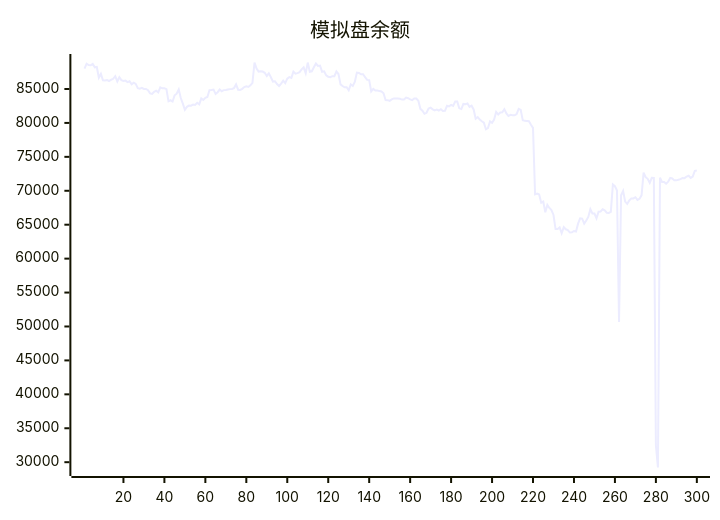
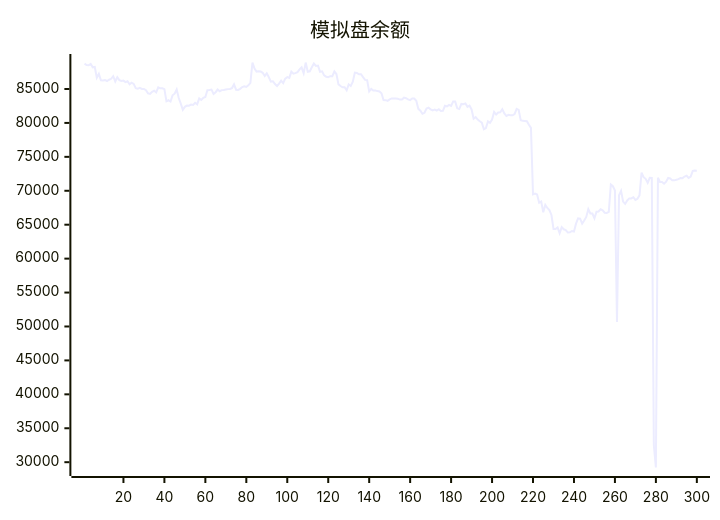
One commit to aahl/ai-trading changed the diagram in README.md. Above: the diagram before and after it, drawn with Mermaid. The commit also changed other lines of this file and 1 other file, not shown here.

````diff
--- a/README.md
+++ b/README.md
@@ -5,5 +5,5 @@
 ```mermaid
 xychart
     title "模拟盘余额"
-    line [88007,88734,88528,88495,88705,88189,88248,86662,87234,86279,86251,86314,86177,86364,86503,86886,86114,86731,86310,86176,86240,86017,86136,85685,85938,85749,85111,85044,85164,85016,85008,84824,84354,84287,84572,84745,84500,85234,85096,85095,84970,83180,83338,83157,84070,84309,84922,83667,82850,81924,82369,82552,82539,82695,82648,82962,82728,83619,83378,83710,83825,84819,84854,84917,84265,84527,84919,84668,84834,84850,84916,84981,85004,85131,85674,84891,84864,85019,85284,85393,85294,85538,85894,88904,88012,87567,87625,87568,87386,86920,87313,86737,86094,86143,85725,85437,85787,86219,85859,86526,86740,86630,87563,87264,87335,87483,87886,88180,87335,88894,87544,87608,88207,88755,88401,88444,87543,87608,87000,86810,86740,86894,86884,87576,87209,85686,85435,85251,85255,84820,85689,85453,86066,87420,87373,87161,87178,86740,86341,86315,84643,85012,84772,84768,84690,84635,84376,83360,83357,83259,83474,83608,83606,83602,83548,83440,83454,83724,83644,83464,83365,83590,83592,83275,82072,81806,81344,81492,82109,82254,82006,81848,81955,81829,82022,81769,81776,82522,82441,82656,82498,83144,83144,82150,82038,82797,82763,82872,82367,82536,81981,80612,80862,80484,80242,80034,79063,79245,80226,80016,80507,81625,81233,81544,81578,82016,81401,81019,81186,81130,81118,81306,82066,81909,80392,80304,80291,80258,79729,79261,69466,69579,69456,68251,68415,66832,67911,67462,67144,66432,64380,64375,64606,63740,64647,64324,64216,63842,63877,64078,64008,65156,65945,65888,65157,65625,66144,67284,66653,66639,65924,66925,66956,67263,67108,66766,66729,66886,70927,70673,70049,50652,69334,69973,68400,68061,68578,68876,68879,69055,68662,68822,69329,72687,71999,71760,71162,71911,71896,32500,29218,71927,71297,71305,71044,71337,71883,71822,71536,71536,71622,71723,71880,71860,72100,72216,71887,72077,72940,72976]
+    line [88734,88528,88495,88705,88189,88248,86662,87234,86279,86251,86314,86177,86364,86503,86886,86114,86731,86310,86176,86240,86017,86136,85685,85938,85749,85111,85044,85164,85016,85008,84824,84354,84287,84572,84745,84500,85234,85096,85095,84970,83180,83338,83157,84070,84309,84922,83667,82850,81924,82369,82552,82539,82695,82648,82962,82728,83619,83378,83710,83825,84819,84854,84917,84265,84527,84919,84668,84834,84850,84916,84981,85004,85131,85674,84891,84864,85019,85284,85393,85294,85538,85894,88904,88012,87567,87625,87568,87386,86920,87313,86737,86094,86143,85725,85437,85787,86219,85859,86526,86740,86630,87563,87264,87335,87483,87886,88180,87335,88894,87544,87608,88207,88755,88401,88444,87543,87608,87000,86810,86740,86894,86884,87576,87209,85686,85435,85251,85255,84820,85689,85453,86066,87420,87373,87161,87178,86740,86341,86315,84643,85012,84772,84768,84690,84635,84376,83360,83357,83259,83474,83608,83606,83602,83548,83440,83454,83724,83644,83464,83365,83590,83592,83275,82072,81806,81344,81492,82109,82254,82006,81848,81955,81829,82022,81769,81776,82522,82441,82656,82498,83144,83144,82150,82038,82797,82763,82872,82367,82536,81981,80612,80862,80484,80242,80034,79063,79245,80226,80016,80507,81625,81233,81544,81578,82016,81401,81019,81186,81130,81118,81306,82066,81909,80392,80304,80291,80258,79729,79261,69466,69579,69456,68251,68415,66832,67911,67462,67144,66432,64380,64375,64606,63740,64647,64324,64216,63842,63877,64078,64008,65156,65945,65888,65157,65625,66144,67284,66653,66639,65924,66925,66956,67263,67108,66766,66729,66886,70927,70673,70049,50652,69334,69973,68400,68061,68578,68876,68879,69055,68662,68822,69329,72687,71999,71760,71162,71911,71896,32500,29218,71927,71297,71305,71044,71337,71883,71822,71536,71536,71622,71723,71880,71860,72100,72216,71887,72077,72940,72976,72966]
 ```
````
